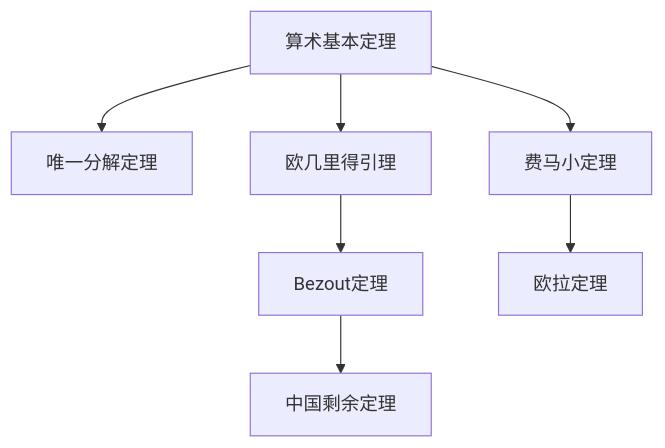
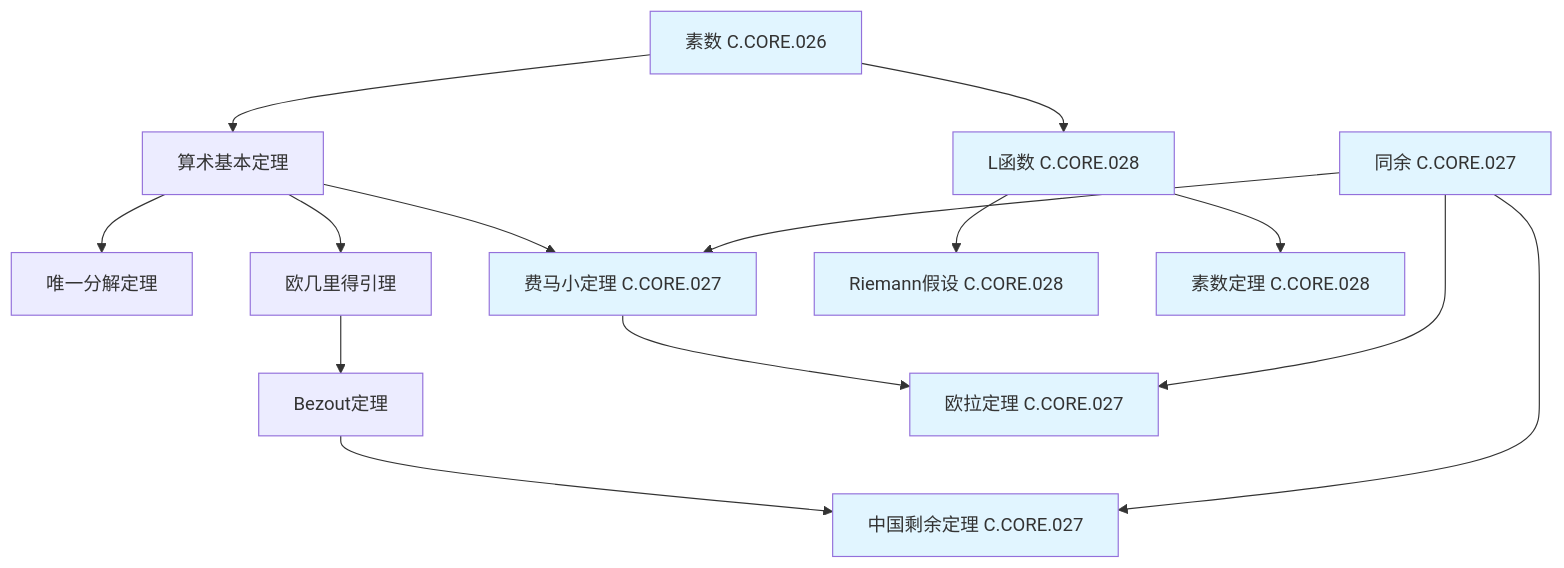
The second of 15 diagrams in concept/05-知识关联网络/02-定理级关联网络.md (AdaMartin18010/FormalMath), drawn with Mermaid before and after one commit. The commit also changed other lines of this file and 45 other files, not shown here.

````diff
--- a/concept/05-知识关联网络/02-定理级关联网络.md
+++ b/concept/05-知识关联网络/02-定理级关联网络.md
@@ -112,9 +112,25 @@
 ```mermaid
 graph TD
     A[算术基本定理] --> B[唯一分解定理]
     A --> C[欧几里得引理]
     C --> D[Bezout定理]
-    D --> E[中国剩余定理]
-    A --> F[费马小定理]
-    F --> G[欧拉定理]
+    D --> E[中国剩余定理 C.CORE.027]
+    A --> F[费马小定理 C.CORE.027]
+    F --> G[欧拉定理 C.CORE.027]
+    H[素数 C.CORE.026] --> A
+    I[同余 C.CORE.027] --> E
+    I --> F
+    I --> G
+    J[L函数 C.CORE.028] --> K[Riemann假设 C.CORE.028]
+    J --> L[素数定理 C.CORE.028]
+    H --> J
+
+    style E fill:#e1f5ff
+    style F fill:#e1f5ff
+    style G fill:#e1f5ff
+    style H fill:#e1f5ff
+    style I fill:#e1f5ff
+    style J fill:#e1f5ff
+    style K fill:#e1f5ff
+    style L fill:#e1f5ff
 ```
````
